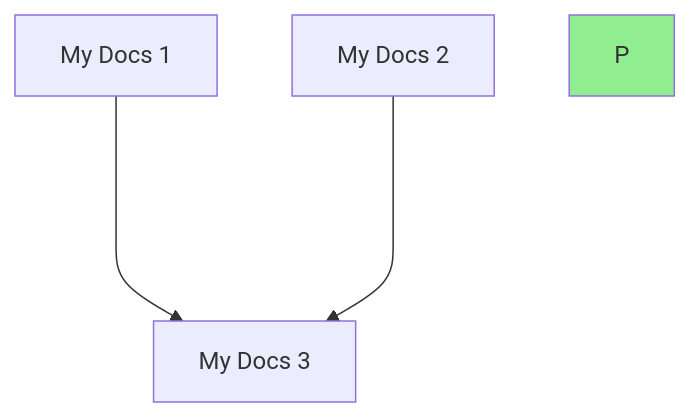
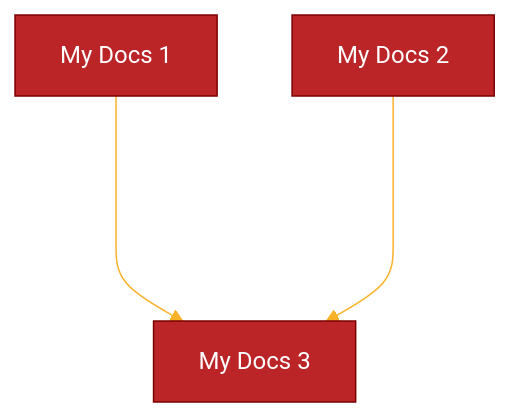
Before and after one commit to JoelPaullONS/docs_workshop: the diagram in docs/about.md, drawn with Mermaid. The commit also changed other lines of this file and 2 other files, not shown here.

````diff
--- a/docs/about.md
+++ b/docs/about.md
@@ -5,11 +5,23 @@
 ``` mermaid
+%%{
+  init: {
+    'theme': 'base',
+    'themeVariables': {
+      'primaryColor': '#BB2528',
+      'primaryTextColor': '#fff',
+      'primaryBorderColor': '#7C0000',
+      'lineColor': '#F8B229',
+      'secondaryColor': '#006100',
+      'tertiaryColor': '#fff'
+    }
+  }
+}%%
 flowchart
     A[My Docs 1]
     B[My Docs 2]
     C[My Docs 3]
     A ----> C;
     B ----> C;
-    style P fill:lightgreen;
     linkStyle 0 color:green;
     linkStyle 1 color:green;
 ```
````
